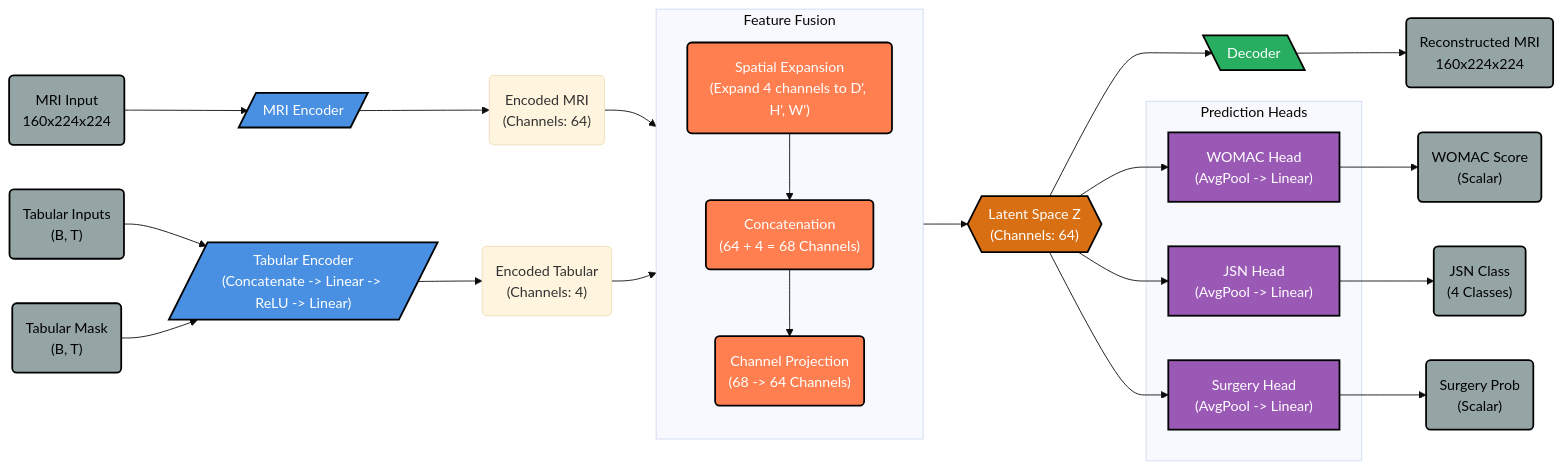
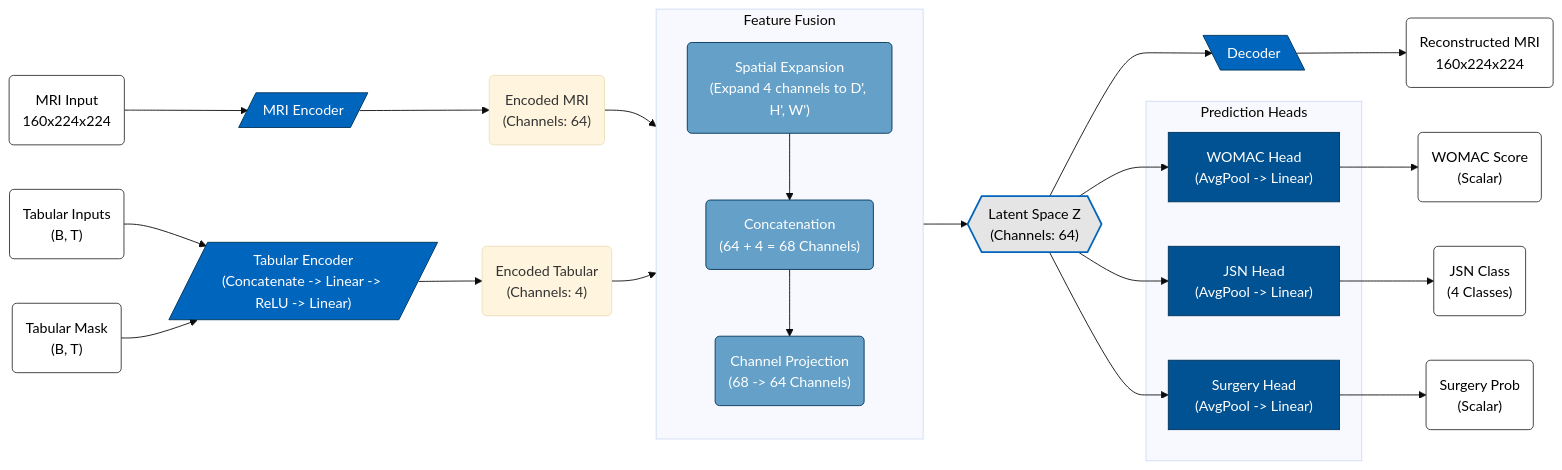
One commit to ulascanzorer/adlm-knee-osteoarthritis changed the diagram in architecture_mermaid_files/autoencoder_with_tabular_input/autoencoder_with_tabular_input.md. Above: the diagram before and after it, drawn with Mermaid (base theme). The commit also changed 6 other files, not shown here.

Commit message:
fix: Modified the color palette of some of the architectural files to match better with the TUM poster template.

````diff
--- a/architecture_mermaid_files/autoencoder_with_tabular_input/autoencoder_with_tabular_input.md
+++ b/architecture_mermaid_files/autoencoder_with_tabular_input/autoencoder_with_tabular_input.md
@@ -1,65 +1,65 @@
 ```mermaid
 graph LR
     %% Styling for different components
-    classDef encoder fill:#4A90E2,stroke:#000000,stroke-width:2px,color:#fff
-    classDef decoder fill:#27AE60,stroke:#000000,stroke-width:2px,color:#fff
-    classDef latent fill:#d86f13,stroke:#000000,stroke-width:2px,color:#fff
-    classDef input fill:#95A5A6,stroke:#000000,stroke-width:2px,color:#000
-    classDef head fill:#9B59B6,stroke:#000000,stroke-width:2px,color:#fff
-    classDef operation fill:#FF7F50,stroke:#000000,stroke-width:2px,color:#fff
+    classDef encoder fill:#0065BD,stroke:#003359,stroke-width:1px,color:#fff
+    classDef decoder fill:#0065BD,stroke:#003359,stroke-width:1px,color:#fff
+    classDef latent fill:#E5E5E5,stroke:#0065BD,stroke-width:2px,color:#000
+    classDef input fill:#FFFFFF,stroke:#333333,stroke-width:1px,color:#000
+    classDef head fill:#005293,stroke:#003359,stroke-width:1px,color:#fff
+    classDef operation fill:#64A0C8,stroke:#003359,stroke-width:1px,color:#fff
 
     %% Input Layers
     MRIInput("MRI Input<br/>160x224x224"):::input
     TabInput("Tabular Inputs<br/>(B, T)"):::input
     MaskInput("Tabular Mask<br/>(B, T)"):::input
 
     %% Encoders
     MRIEncoder[/"MRI Encoder"/]:::encoder
     TabEncoder[/"Tabular Encoder<br/>(Concatenate -> Linear -> ReLU -> Linear)"/]:::encoder
     
     %% Intermediate States
     MRIEncoded("Encoded MRI<br/>(Channels: 64)")
     TabEncoded("Encoded Tabular<br/>(Channels: 4)")
 
     %% Fusion Block
     subgraph Fusion [Feature Fusion]
         direction TB
         Expand("Spatial Expansion<br/>(Expand 4 channels to D', H', W')"):::operation
         Concat("Concatenation<br/>(64 + 4 = 68 Channels)"):::operation
         Project("Channel Projection<br/>(68 -> 64 Channels)"):::operation
     end
 
     %% Latent Space
     LatentZ{{"Latent Space Z<br/>(Channels: 64)"}}:::latent
 
     %% Decoder Branch
     Decoder[\"Decoder"\]:::decoder
     ReconOutput("Reconstructed MRI<br/>160x224x224"):::input
 
     %% Prediction Heads
     subgraph Heads [Prediction Heads]
         WOMACHead["WOMAC Head<br/>(AvgPool -> Linear)"]:::head
         JSNHead["JSN Head<br/>(AvgPool -> Linear)"]:::head
         SurgeryHead["Surgery Head<br/>(AvgPool -> Linear)"]:::head
     end
 
     %% Predictions
     WOMACPred("WOMAC Score<br/>(Scalar)"):::input
     JSNPred("JSN Class<br/>(4 Classes)"):::input
     SurgeryPred("Surgery Prob<br/>(Scalar)"):::input
 
     %% Connections
     MRIInput --> MRIEncoder --> MRIEncoded
     TabInput & MaskInput --> TabEncoder --> TabEncoded
     
     MRIEncoded --> Concat
     TabEncoded --> Expand --> Concat
     
     Concat --> Project --> LatentZ
     
     LatentZ --> Decoder --> ReconOutput
     
     LatentZ --> WOMACHead --> WOMACPred
     LatentZ --> JSNHead --> JSNPred
     LatentZ --> SurgeryHead --> SurgeryPred
 ```
````
